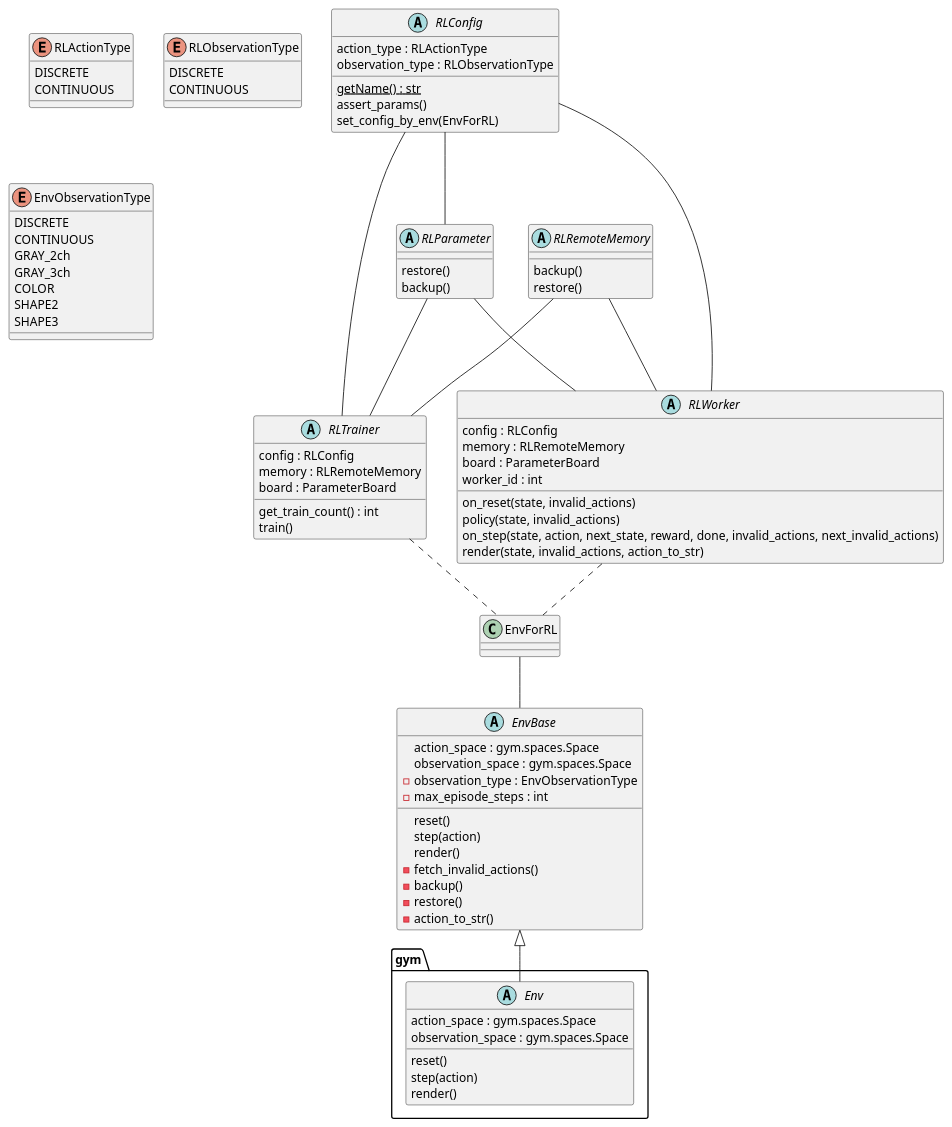
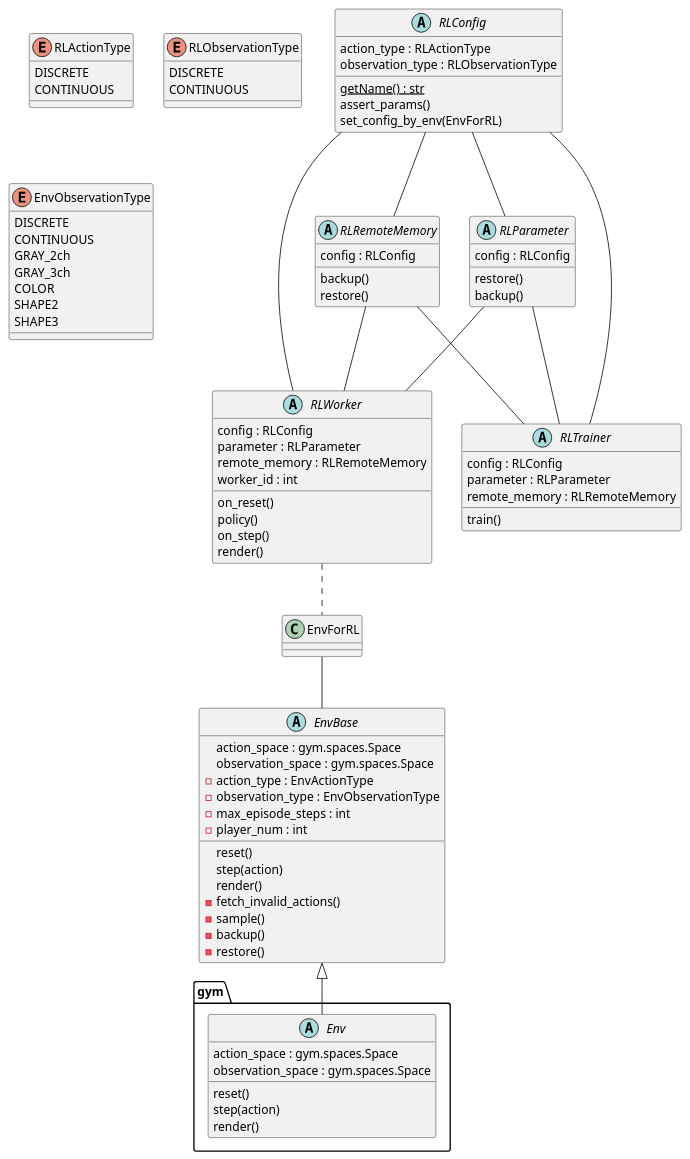
The diagram in diagrams/class.pu (pocokhc/simple_distributed_rl), drawn with PlantUML before and after one commit. The commit also changed 94 other files, not shown here.

```diff
--- a/diagrams/class.pu
+++ b/diagrams/class.pu
@@ -1,100 +1,103 @@
 @startuml
 
 abstract gym.Env {
     action_space : gym.spaces.Space
     observation_space : gym.spaces.Space
     reset()
     step(action)
     render()
 }
 
 enum RLActionType {
     DISCRETE
     CONTINUOUS
 }
 
 enum RLObservationType {
     DISCRETE
     CONTINUOUS
 }
 
 enum EnvObservationType {
     DISCRETE
     CONTINUOUS
     GRAY_2ch
     GRAY_3ch
     COLOR
     SHAPE2
     SHAPE3
 }
 
 abstract EnvBase {
     action_space : gym.spaces.Space
     observation_space : gym.spaces.Space
     reset()
     step(action)
     render()
+    - action_type : EnvActionType
     - observation_type : EnvObservationType
     - max_episode_steps : int
+    - player_num : int
     - fetch_invalid_actions()
+    - sample()
     - backup()
     - restore()
-    - action_to_str()
 } 
 
 class EnvForRL
-
-abstract RLRemoteMemory {
-    backup()
-    restore()
-}
 
 
 abstract RLConfig {
     {static} getName() : str
     action_type : RLActionType
     observation_type : RLObservationType
     assert_params()
     set_config_by_env(EnvForRL)
 }
 
+abstract RLRemoteMemory {
+    config : RLConfig
+    backup()
+    restore()
+}
+
 abstract RLParameter {
+    config : RLConfig
     restore()
     backup()
 }
 
 abstract RLTrainer {
     config : RLConfig
-    memory : RLRemoteMemory
-    board : ParameterBoard
-    get_train_count() : int
+    parameter : RLParameter
+    remote_memory : RLRemoteMemory
     train()
 }
 
 abstract RLWorker {
     config : RLConfig
-    memory : RLRemoteMemory
-    board : ParameterBoard
+    parameter : RLParameter
+    remote_memory : RLRemoteMemory
     worker_id : int
-    on_reset(state, invalid_actions)
-    policy(state, invalid_actions)
-    on_step(state, action, next_state, reward, done, invalid_actions, next_invalid_actions)
-    render(state, invalid_actions, action_to_str)
+    on_reset()
+    policy()
+    on_step()
+    render()
 }
 
 
 EnvBase <|-- gym.Env 
 EnvForRL -- EnvBase
 
 RLConfig -- RLWorker
 RLConfig -- RLTrainer
 RLConfig -- RLParameter
+RLConfig -- RLRemoteMemory
 RLParameter -- RLWorker
 RLParameter -- RLTrainer
 RLRemoteMemory -- RLWorker
 RLRemoteMemory -- RLTrainer
 
 RLWorker .. EnvForRL
-RLTrainer .. EnvForRL
 
 @enduml
```
